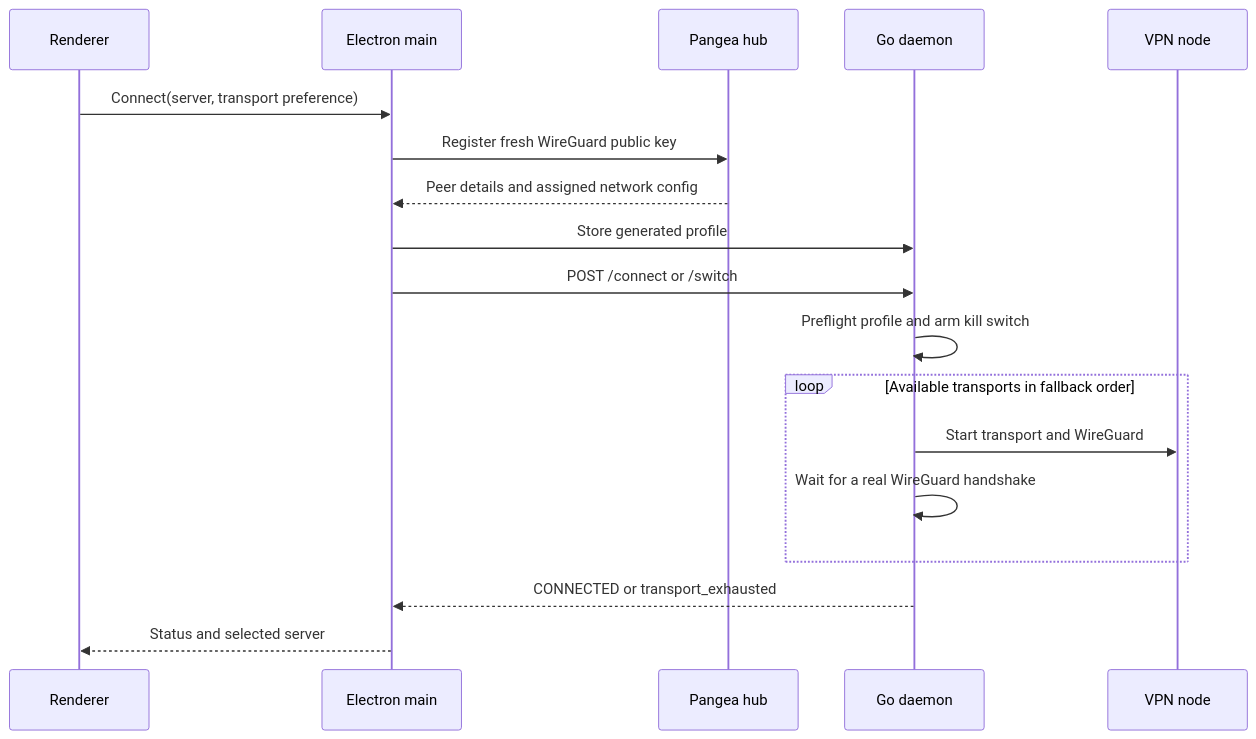
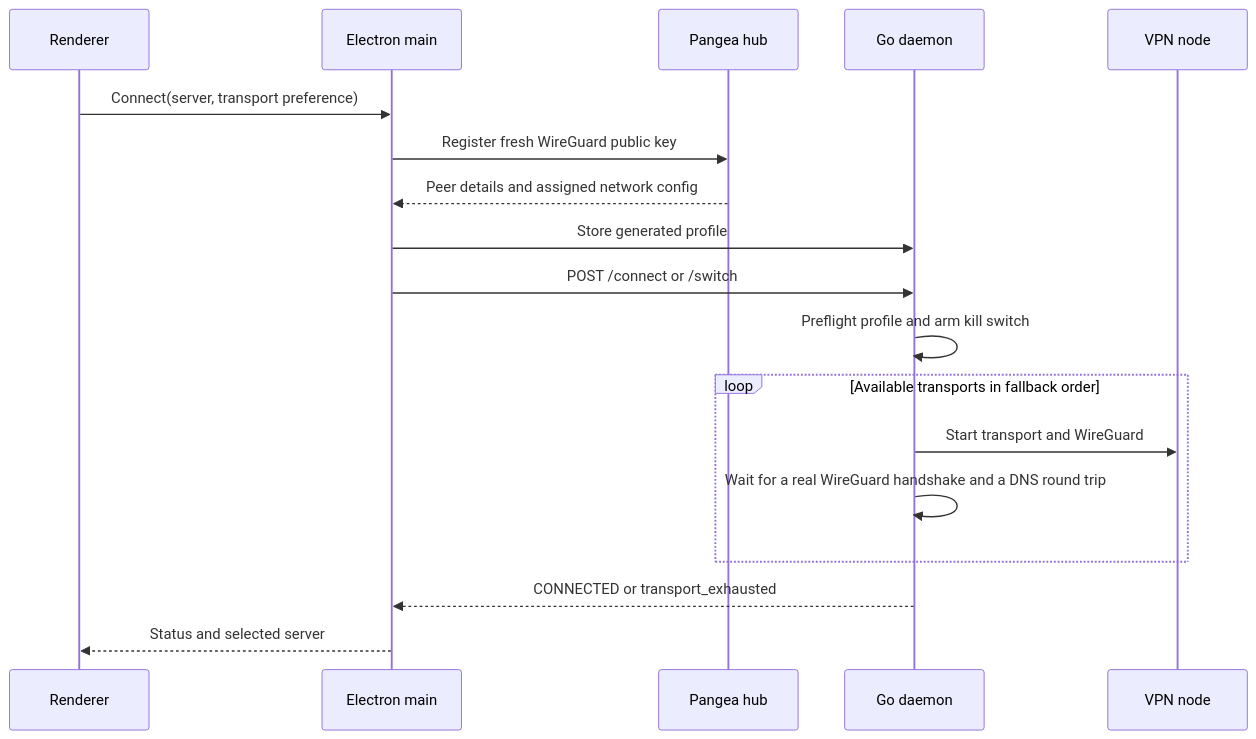
Before and after one commit to pangeavpn/pangeavpn-app: the second of 3 diagrams in docs/architecture.md, drawn with Mermaid. The commit also changed other lines of this file and 3 other files, not shown here.

````diff
--- a/docs/architecture.md
+++ b/docs/architecture.md
@@ -253,21 +253,21 @@
 ```mermaid
 sequenceDiagram
     participant UI as Renderer
     participant Main as Electron main
     participant Hub as Pangea hub
     participant D as Go daemon
     participant Node as VPN node
 
     UI->>Main: Connect(server, transport preference)
     Main->>Hub: Register fresh WireGuard public key
     Hub-->>Main: Peer details and assigned network config
     Main->>D: Store generated profile
     Main->>D: POST /connect or /switch
     D->>D: Preflight profile and arm kill switch
     loop Available transports in fallback order
         D->>Node: Start transport and WireGuard
-        D->>D: Wait for a real WireGuard handshake
+        D->>D: Wait for a real WireGuard handshake and a DNS round trip
     end
     D-->>Main: CONNECTED or transport_exhausted
     Main-->>UI: Status and selected server
 ```
````
